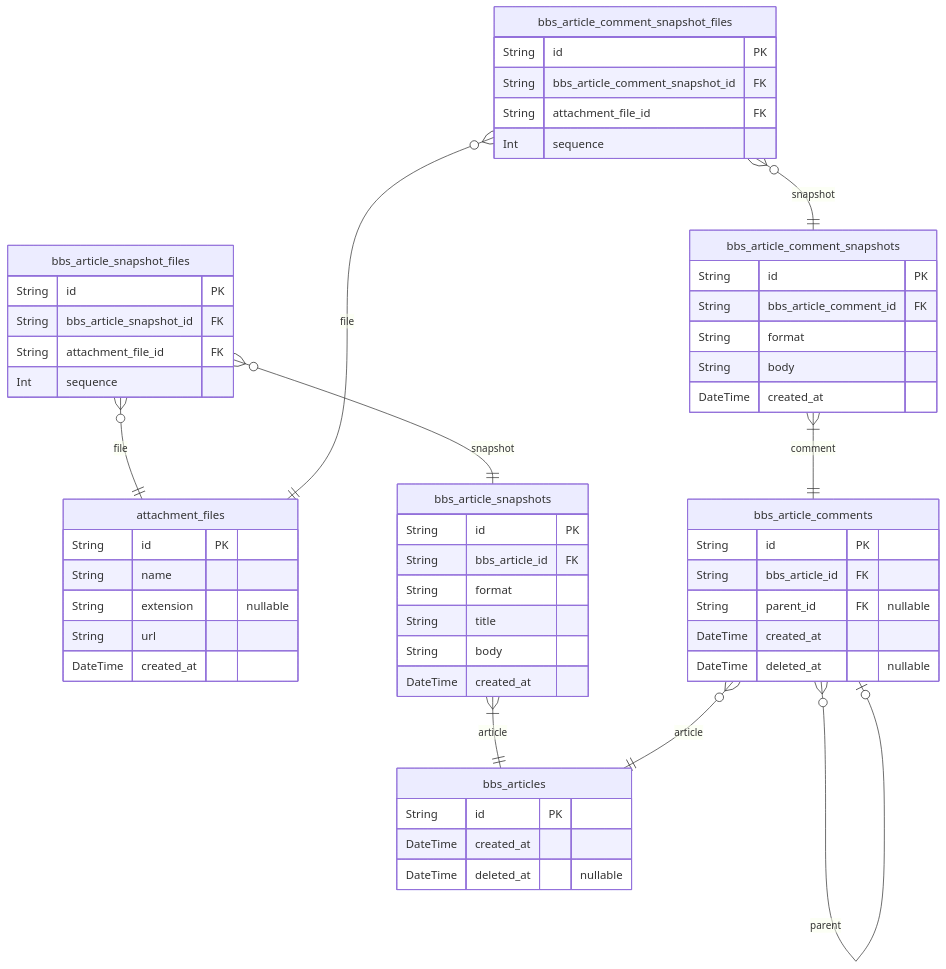
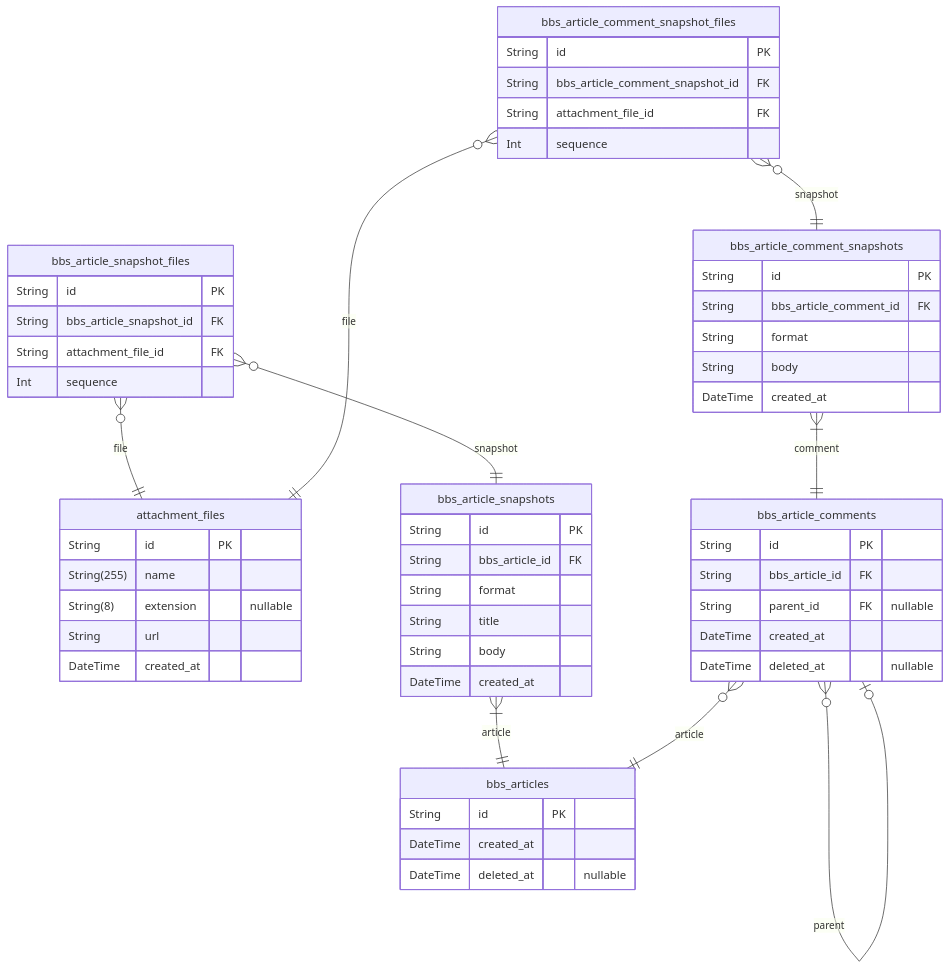
One commit to samchon/prisma-markdown changed the first of 10 diagrams in ERD.md. Above: the diagram before and after it, drawn with Mermaid. The commit also changed 3 other files, not shown here.

````diff
--- a/ERD.md
+++ b/ERD.md
@@ -16,57 +16,57 @@
 ```mermaid
 erDiagram
 "attachment_files" {
   String id PK
-  String name
-  String extension "nullable"
+  String(255) name
+  String(8) extension "nullable"
   String url
   DateTime created_at
 }
 "bbs_articles" {
   String id PK
   DateTime created_at
   DateTime deleted_at "nullable"
 }
 "bbs_article_snapshots" {
   String id PK
   String bbs_article_id FK
   String format
   String title
   String body
   DateTime created_at
 }
 "bbs_article_snapshot_files" {
   String id PK
   String bbs_article_snapshot_id FK
   String attachment_file_id FK
   Int sequence
 }
 "bbs_article_comments" {
   String id PK
   String bbs_article_id FK
   String parent_id FK "nullable"
   DateTime created_at
   DateTime deleted_at "nullable"
 }
 "bbs_article_comment_snapshots" {
   String id PK
   String bbs_article_comment_id FK
   String format
   String body
   DateTime created_at
 }
 "bbs_article_comment_snapshot_files" {
   String id PK
   String bbs_article_comment_snapshot_id FK
   String attachment_file_id FK
   Int sequence
 }
 "bbs_article_snapshots" }|--|| "bbs_articles" : article
 "bbs_article_snapshot_files" }o--|| "bbs_article_snapshots" : snapshot
 "bbs_article_snapshot_files" }o--|| "attachment_files" : file
 "bbs_article_comments" }o--|| "bbs_articles" : article
 "bbs_article_comments" }o--o| "bbs_article_comments" : parent
 "bbs_article_comment_snapshots" }|--|| "bbs_article_comments" : comment
 "bbs_article_comment_snapshot_files" }o--|| "bbs_article_comment_snapshots" : snapshot
 "bbs_article_comment_snapshot_files" }o--|| "attachment_files" : file
 ```
````
